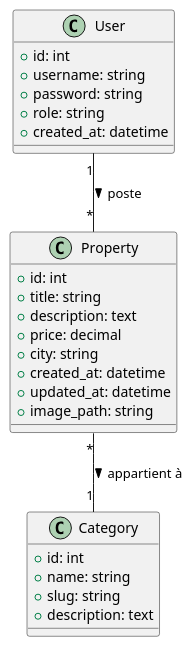
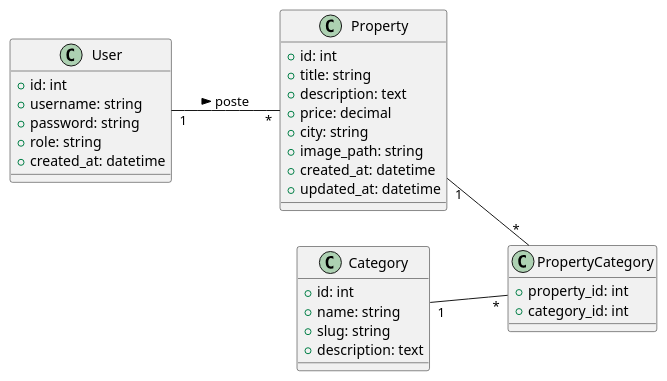
One commit to Solicode-mobile-development/Project-Technique changed the diagram in diagrams/class-diagram.pu. Above: the diagram before and after it, drawn with PlantUML. The commit also changed 3 other files, not shown here.

```diff
--- a/diagrams/class-diagram.pu
+++ b/diagrams/class-diagram.pu
@@ -1,43 +1,41 @@
 @startuml
+left to right direction
+
 ' Entités principales
 class User {
   + id: int
   + username: string
   + password: string
   + role: string
   + created_at: datetime
 }
 
 class Property {
   + id: int
   + title: string
   + description: text
   + price: decimal
   + city: string
+  + image_path: string
   + created_at: datetime
   + updated_at: datetime
-  + image_path: string
-  
 }
-
-' class Image {
-'   + id: int
-'   + filename: string
-'   + path: string
-'   + order: int
-'   + uploaded_at: datetime
-' }
 
 class Category {
   + id: int
   + name: string
   + slug: string
   + description: text
 }
 
-' Relations entre entités
+' Table pivot (relation Many-to-Many)
+class PropertyCategory {
+  + property_id: int
+  + category_id: int
+}
+
+' Relations
 User "1" -- "*" Property : poste >
-' Property "1" -- "*" Image : a >
-Property "*" -- "1" Category : appartient à >
-
+Property "1" -- "*" PropertyCategory
+Category "1" -- "*" PropertyCategory
 @enduml
```
